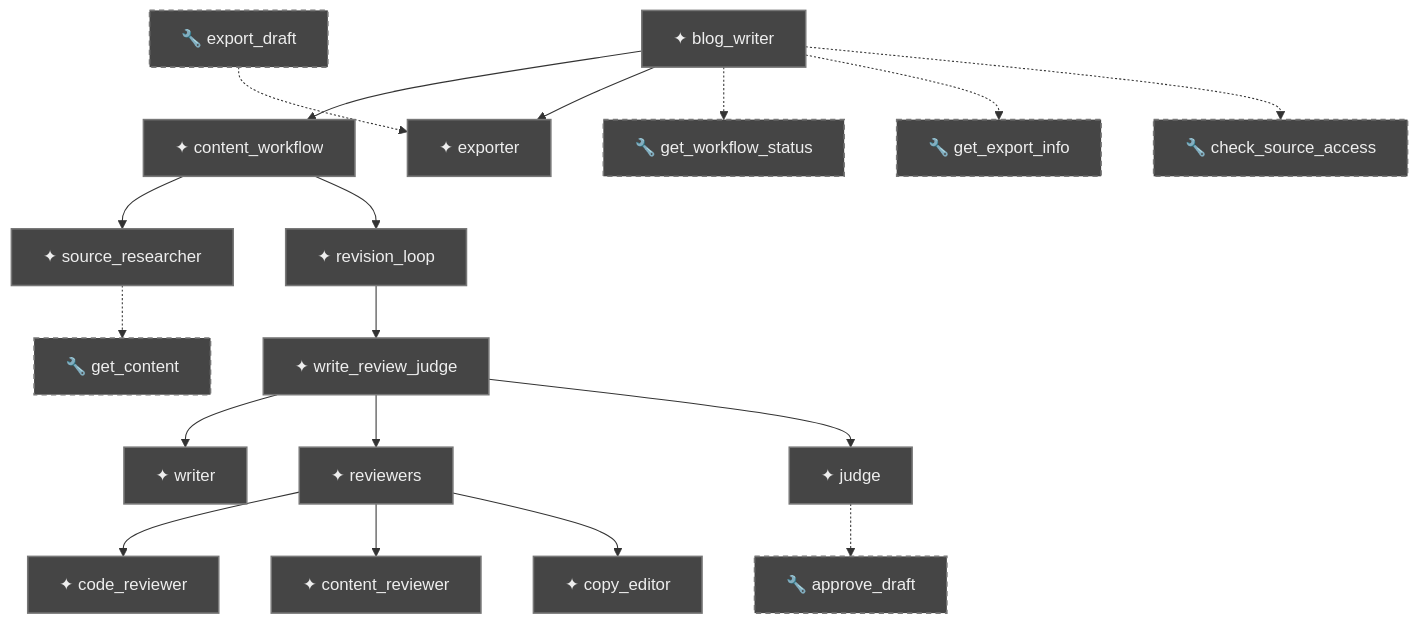
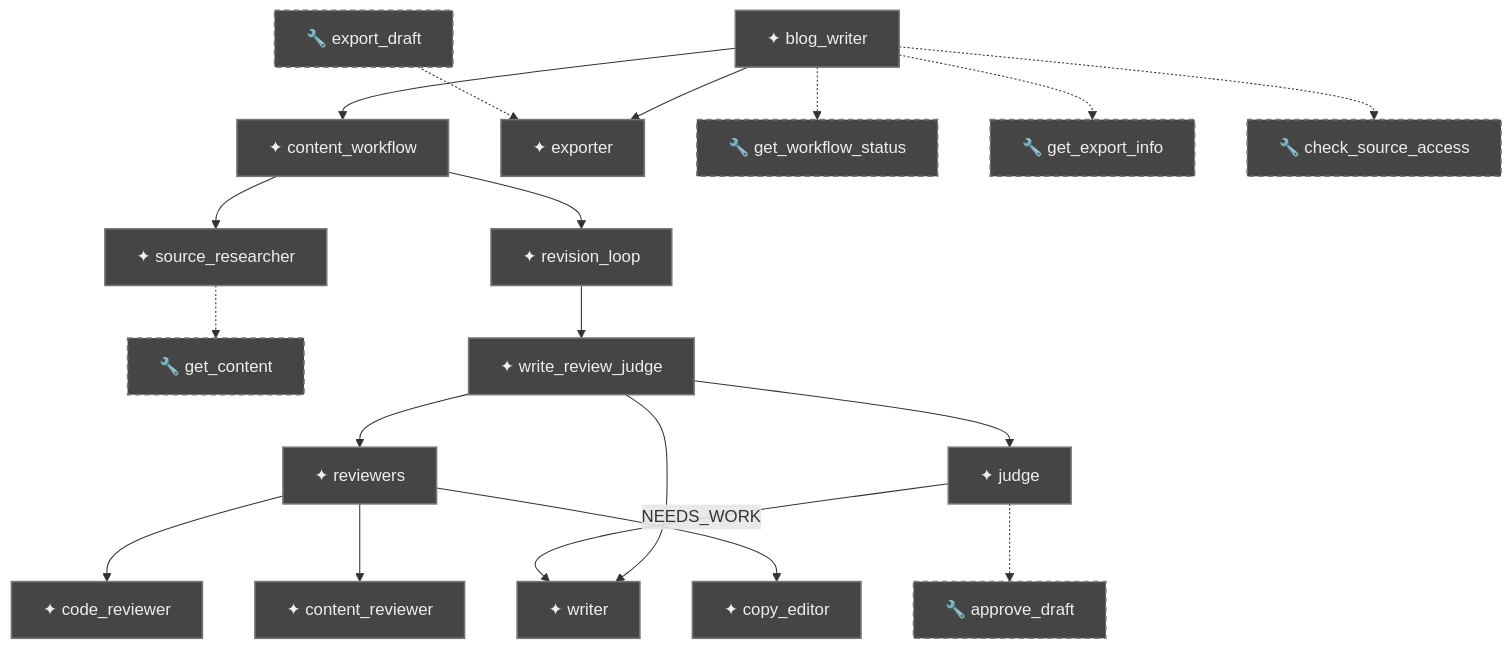
Before and after one commit to antononcube/Python-GoogleADK-agents: the second of 2 diagrams in blog-writer/README.md, drawn with Mermaid. The commit also changed other lines of this file, not shown here.

Commit message:
docs:More comments; better graph.

````diff
--- a/blog-writer/README.md
+++ b/blog-writer/README.md
@@ -35,55 +35,57 @@
 ```mermaid
 
 flowchart TB
     BW["✦ blog_writer"]
 
     CW["✦ content_workflow"]
     EX["✦ exporter"]
     GWS["🔧 get_workflow_status"]
     GEI["🔧 get_export_info"]
     CSA["🔧 check_source_access"]
 
     SR["✦ source_researcher"]
     RL["✦ revision_loop"]
     ED["🔧 export_draft"]
     GC["🔧 get_content"]
 
     WRJ["✦ write_review_judge"]
     W["✦ writer"]
     R["✦ reviewers"]
     J["✦ judge"]
 
     CR["✦ code_reviewer"]
     CTR["✦ content_reviewer"]
     CE["✦ copy_editor"]
     AD["🔧 approve_draft"]
 
     BW --> CW
     BW --> EX
     BW -.-> GWS
     BW -.-> GEI
     BW -.-> CSA
 
     CW --> SR
     CW --> RL
     ED -.-> EX
 
     SR -.-> GC
     RL --> WRJ
 
     WRJ --> W
     WRJ --> R
     WRJ --> J
 
     R --> CR
     R --> CTR
     R --> CE
     J -.-> AD
 
+    J --> |NEEDS_WORK| W
+    
     classDef agent fill:#454545,stroke:#777777,color:#eeeeee,stroke-width:1.5px
     classDef tool fill:#454545,stroke:#777777,color:#eeeeee,stroke-width:1.5px,stroke-dasharray:5 4
 
     class BW,CW,EX,SR,RL,WRJ,W,R,J,CR,CTR,CE agent
     class GWS,GEI,CSA,GC,AD,ED tool
 
 ```
````
